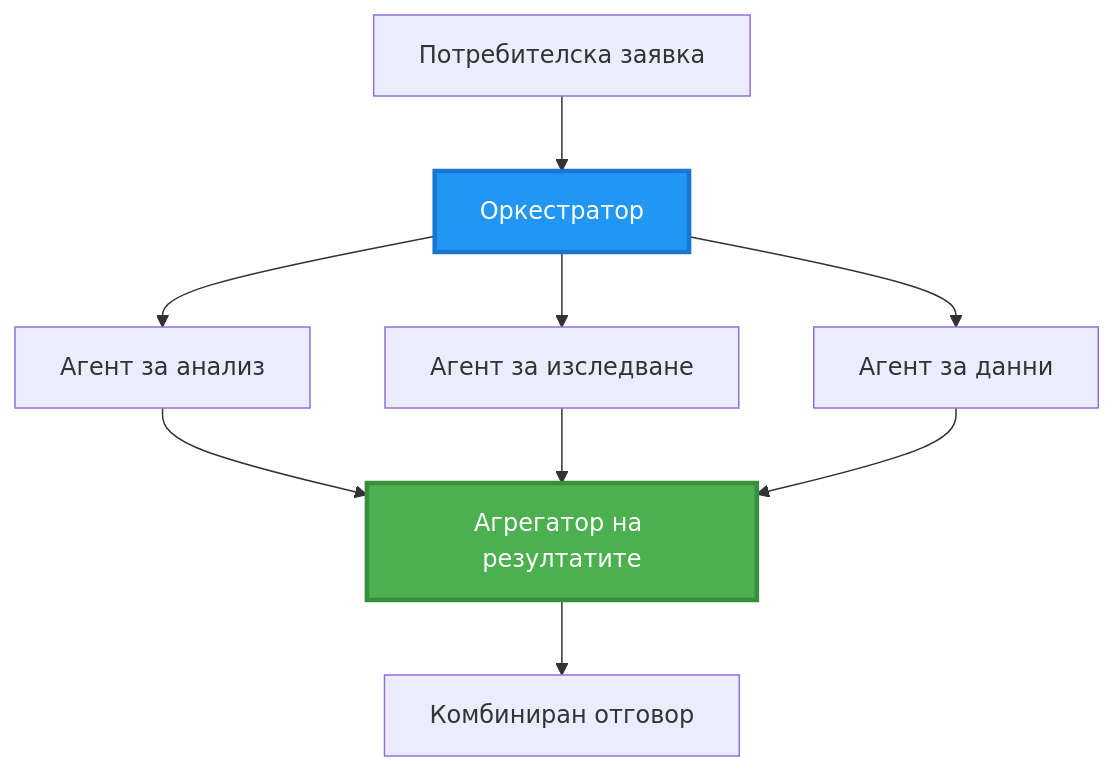
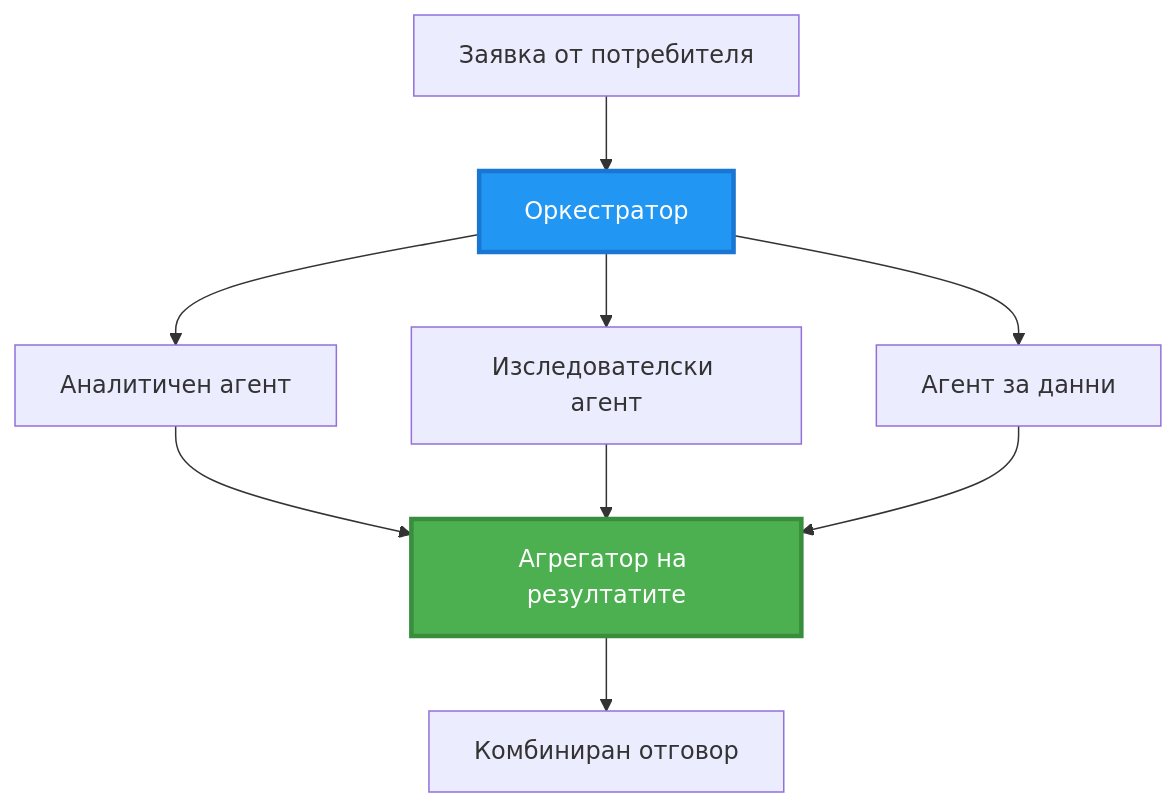
Before and after one commit to microsoft/AZD-for-beginners: the second of 6 diagrams in translations/bg/docs/chapter-06-pre-deployment/coordination-patterns.md, drawn with Mermaid. The commit also changed other lines of this file and 101 other files, not shown here.

````diff
--- a/translations/bg/docs/chapter-06-pre-deployment/coordination-patterns.md
+++ b/translations/bg/docs/chapter-06-pre-deployment/coordination-patterns.md
@@ -107,22 +100,22 @@
 ```mermaid
 graph TB
-    User[Потребителска заявка]
+    User[Заявка от потребителя]
     Orchestrator[Оркестратор]
-    Agent1[Агент за анализ]
-    Agent2[Агент за изследване]
+    Agent1[Аналитичен агент]
+    Agent2[Изследователски агент]
     Agent3[Агент за данни]
     Aggregator[Агрегатор на резултатите]
     Response[Комбиниран отговор]
     
     User --> Orchestrator
     Orchestrator --> Agent1
     Orchestrator --> Agent2
     Orchestrator --> Agent3
     Agent1 --> Aggregator
     Agent2 --> Aggregator
     Agent3 --> Aggregator
     Aggregator --> Response
     
     style Orchestrator fill:#2196F3,stroke:#1976D2,stroke-width:3px,color:#fff
     style Aggregator fill:#4CAF50,stroke:#388E3C,stroke-width:3px,color:#fff
 ```
````
